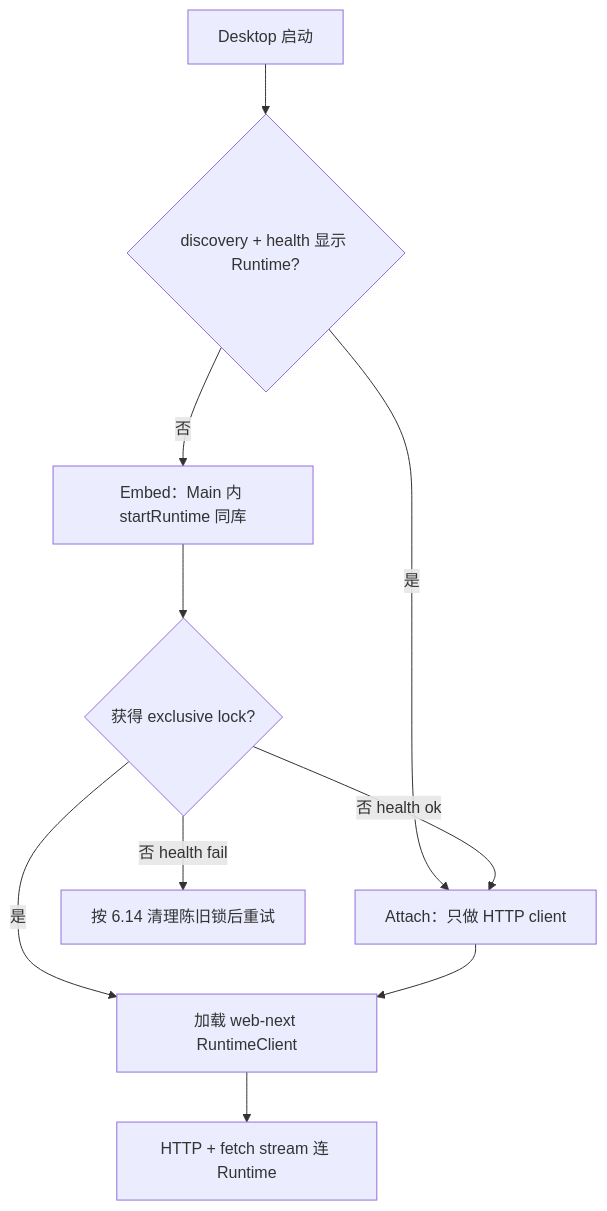
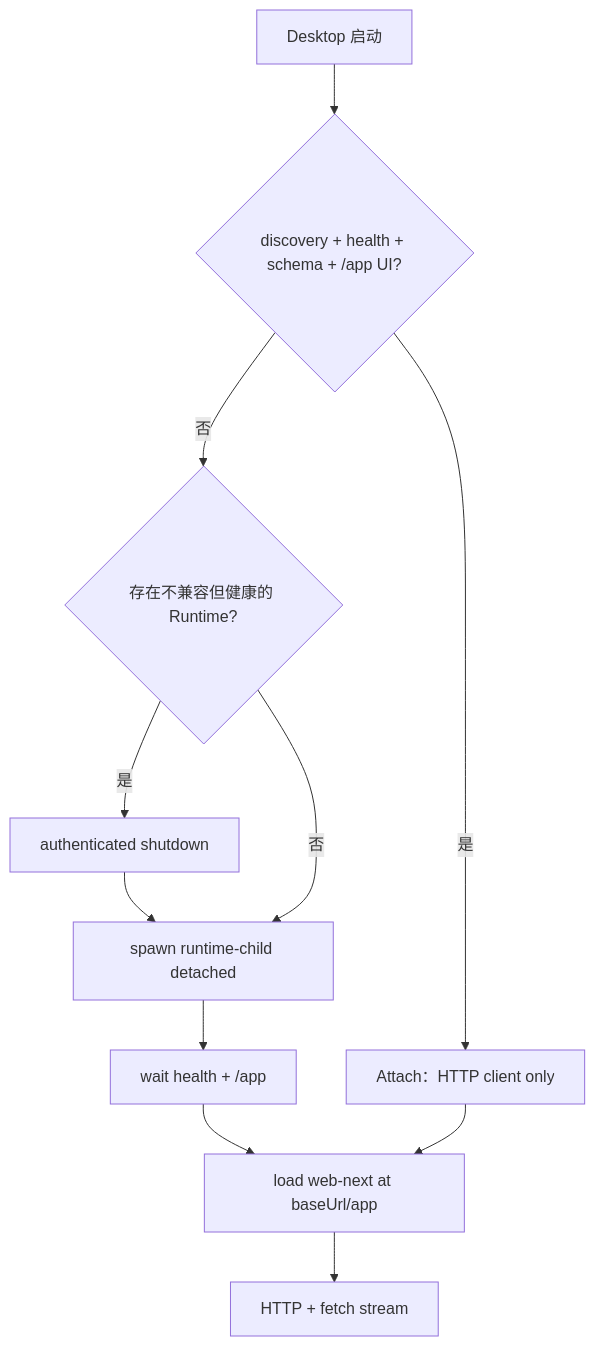
One commit to tzhaos/Cardo changed the second of 3 diagrams in docs/architecture/local-runtime-multi-client.md. Above: the diagram before and after it, drawn with Mermaid. The commit also changed other lines of this file and 66 other files, not shown here.

First line of the commit message:
fix: Runtime hardening, update integrity, multi-client compatibility (#8)

````diff
--- a/docs/architecture/local-runtime-multi-client.md
+++ b/docs/architecture/local-runtime-multi-client.md
@@ -340,12 +187,13 @@
 ```mermaid
 flowchart TD
-  Start[Desktop 启动] --> Discover{discovery + health 显示 Runtime?}
-  Discover -->|是| Attach[Attach：只做 HTTP client]
-  Discover -->|否| Embed[Embed：Main 内 startRuntime 同库]
-  Embed --> Lock{获得 exclusive lock?}
-  Lock -->|是| UI[加载 web-next RuntimeClient]
-  Lock -->|否 health ok| Attach
-  Lock -->|否 health fail| Stale[按 6.14 清理陈旧锁后重试]
+  Start[Desktop 启动] --> Discover{discovery + health + schema + /app UI?}
+  Discover -->|是| Attach[Attach：HTTP client only]
+  Discover -->|否| Retire{存在不兼容但健康的 Runtime?}
+  Retire -->|是| Shutdown[authenticated shutdown]
+  Shutdown --> Spawn
+  Retire -->|否| Spawn[spawn runtime-child detached]
+  Spawn --> Wait[wait health + /app]
+  Wait --> UI[load web-next at baseUrl/app]
   Attach --> UI
-  UI --> API[HTTP + fetch stream 连 Runtime]
+  UI --> API[HTTP + fetch stream]
 ```
````
